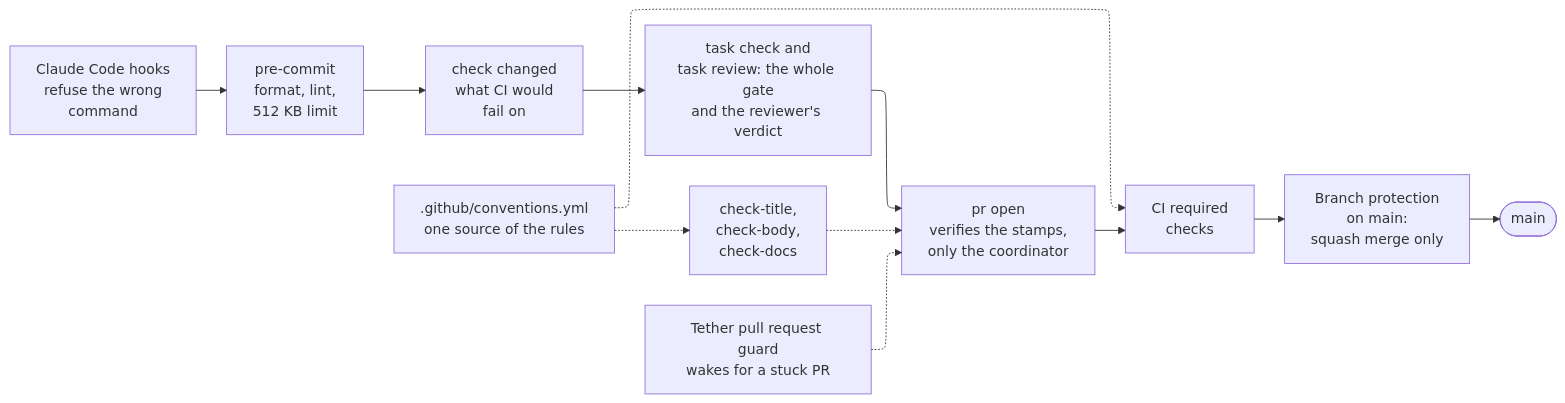
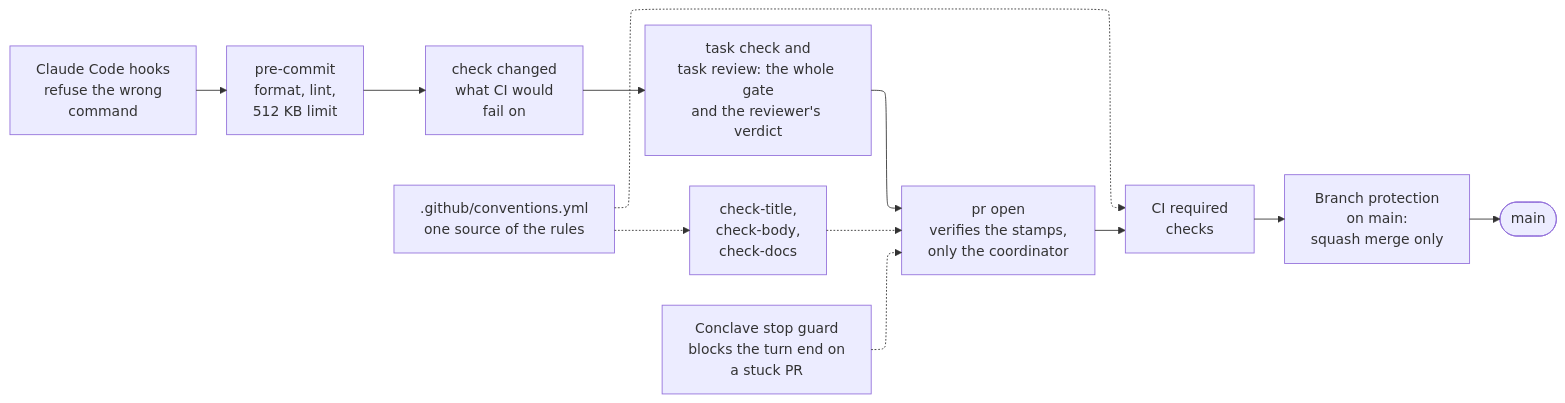
The third of 3 diagrams in docs/guides/how-we-work.md (Ryubara/coney), drawn with Mermaid before and after one commit. The commit also changed other lines of this file and 42 other files, not shown here.

````diff
--- a/docs/guides/how-we-work.md
+++ b/docs/guides/how-we-work.md
@@ -554,18 +558,18 @@
 ```mermaid
 ---
 config:
   layout: elk
 ---
 flowchart LR
   hooks["Claude Code hooks<br/>refuse the wrong<br/>command"] --> pre["pre-commit<br/>format, lint,<br/>512 KB limit"]
   pre --> gate["check changed<br/>what CI would<br/>fail on"]
   gate --> stamp["task check and<br/>task review: the whole gate<br/>and the reviewer's verdict"]
   stamp --> push["pr open<br/>verifies the stamps,<br/>only the coordinator"]
   push --> ci["CI required<br/>checks"]
   ci --> rules["Branch protection<br/>on main:<br/>squash merge only"]
   rules --> main(["main"])
   text["check-title,<br/>check-body,<br/>check-docs"] -.-> push
-  tether["Tether pull request guard<br/>wakes for a stuck PR"] -.-> push
+  tether["Conclave stop guard<br/>blocks the turn end on<br/>a stuck PR"] -.-> push
   conv[".github/conventions.yml<br/>one source of the rules"] -.-> text
   conv -.-> ci
 ```
````
